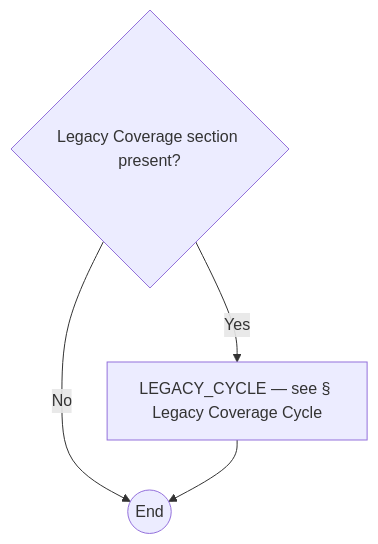
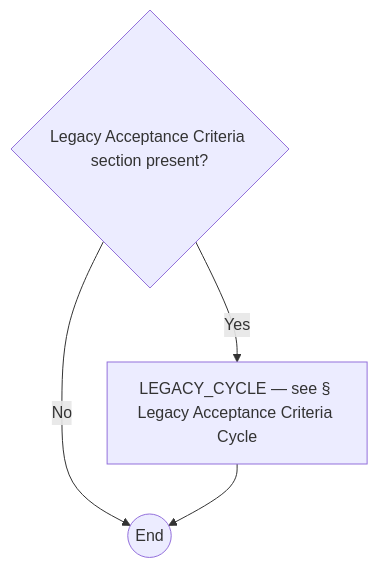
One commit to optivem/gh-optivem changed the third of 11 diagrams in docs/process-diagram.md. Above: the diagram before and after it, drawn with Mermaid. The commit also changed other lines of this file and 23 other files, not shown here.

````diff
--- a/docs/process-diagram.md
+++ b/docs/process-diagram.md
@@ -65,10 +74,10 @@
 ```mermaid
 flowchart TD
-    GATE_LEGACY_PRESENT{Legacy Coverage section present?}
-    LEGACY_CYCLE[LEGACY_CYCLE — see § Legacy Coverage Cycle]
+    GATE_LEGACY_PRESENT{Legacy Acceptance Criteria section present?}
+    LEGACY_CYCLE[LEGACY_CYCLE — see § Legacy Acceptance Criteria Cycle]
     RUN_LEGACY_END((End))
 
     GATE_LEGACY_PRESENT -- Yes --> LEGACY_CYCLE
     GATE_LEGACY_PRESENT -- No --> RUN_LEGACY_END
     LEGACY_CYCLE --> RUN_LEGACY_END
 ```
````
